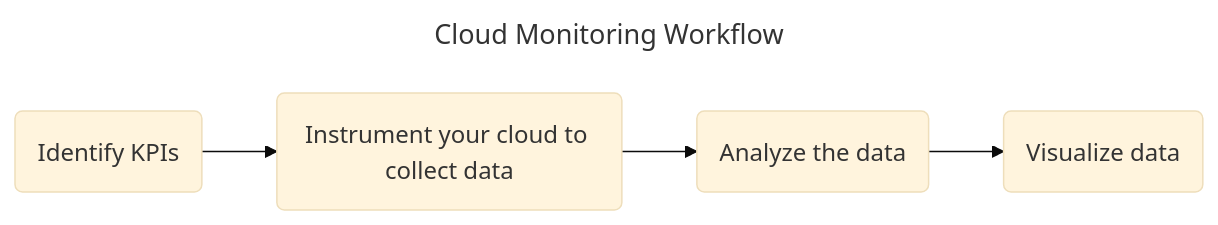
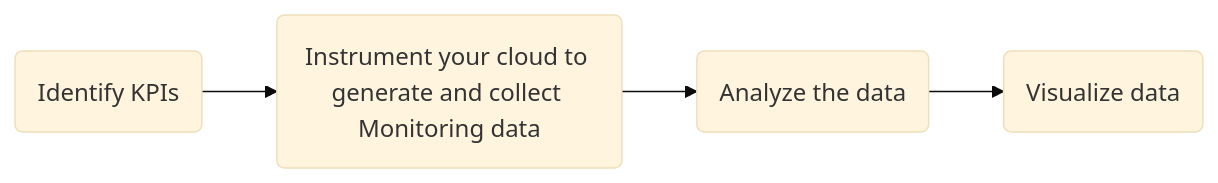
The diagram in cloud-administration/monitoring/README.md (cyberphor/knowledge-base), drawn with Mermaid (base theme) before and after one commit. The commit also changed other lines of this file and 6 other files, not shown here.

Commit message:
Added more cloud monitoring notes

````diff
--- a/cloud-administration/monitoring/README.md
+++ b/cloud-administration/monitoring/README.md
@@ -4,10 +3,7 @@
 ```mermaid
----
-title: Cloud Monitoring Workflow
----
 flowchart LR
   Step1("Identify KPIs") 
-  --> Step2("Instrument your cloud to collect data")
+  --> Step2("Instrument your cloud to generate and collect Monitoring data")
     --> Step3("Analyze the data")
       --> Step4("Visualize data")
 ```
````
